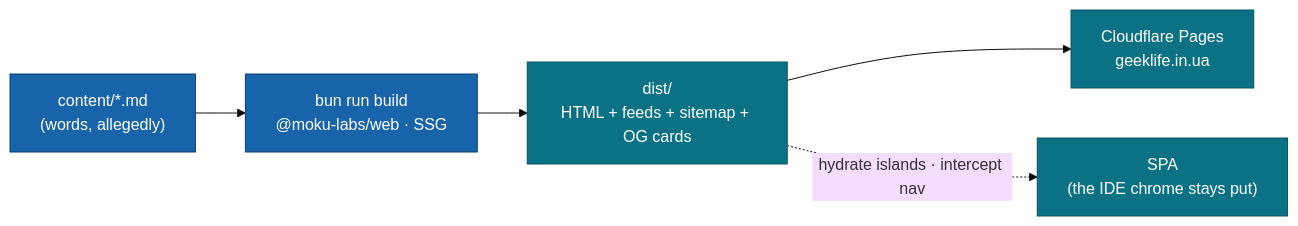
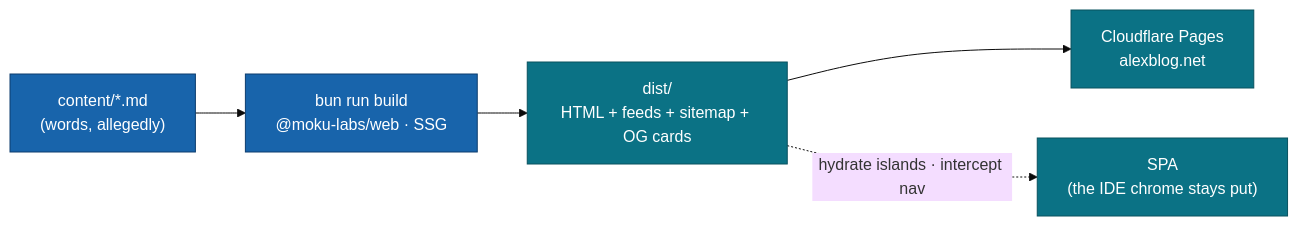
Before and after one commit to AlexTiTanium/blog: the diagram in README.md, drawn with Mermaid (base theme). The commit also changed other lines of this file and 6 other files, not shown here.

First line of the commit message:
feat: make alexblog.net the canonical domain + a11y contrast/tap-target fixes

````diff
--- a/README.md
+++ b/README.md
@@ -36,11 +36,11 @@
 ```mermaid
 flowchart LR
   MD["content/*.md<br/>(words, allegedly)"] --> B["bun run build<br/>@moku-labs/web · SSG"]
   B --> OUT["dist/<br/>HTML + feeds + sitemap + OG cards"]
-  OUT --> CF["Cloudflare Pages<br/>geeklife.in.ua"]
+  OUT --> CF["Cloudflare Pages<br/>alexblog.net"]
   OUT -. "hydrate islands · intercept nav" .-> SPA["SPA<br/>(the IDE chrome stays put)"]
   classDef a fill:#1864ab,stroke:#0d3d6e,color:#fff;
   classDef b fill:#0b7285,stroke:#08525f,color:#fff;
   class MD,B a
   class OUT,CF,SPA b
 ```
````
